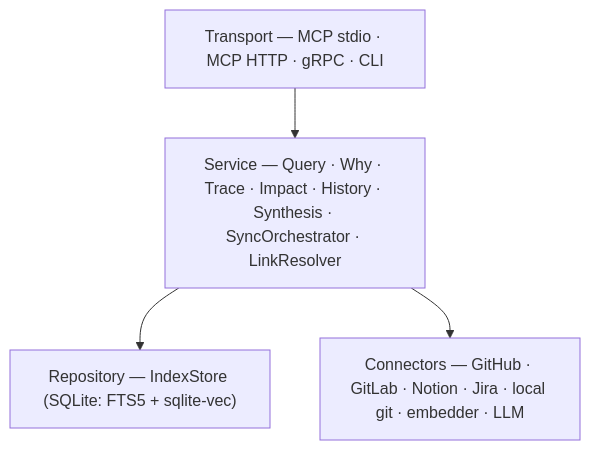
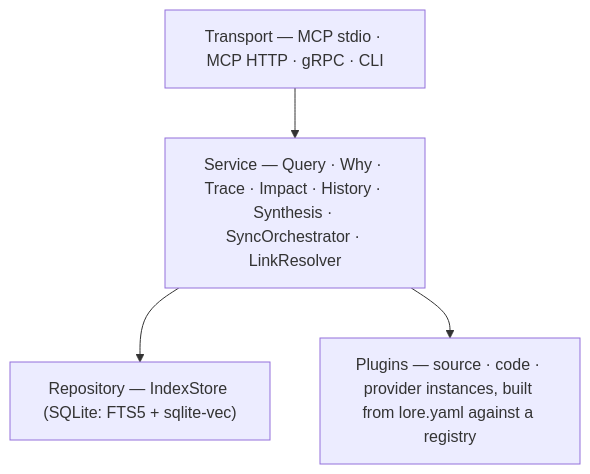
Before and after one commit to setthasit/Lore: the diagram in README.md, drawn with Mermaid. The commit also changed other lines of this file and 5 other files, not shown here.

````diff
--- a/README.md
+++ b/README.md
@@ -221,10 +223,10 @@
 ```mermaid
 flowchart TB
     T["Transport — MCP stdio · MCP HTTP · gRPC · CLI"]
     S["Service — Query · Why · Trace · Impact · History · Synthesis · SyncOrchestrator · LinkResolver"]
     R["Repository — IndexStore (SQLite: FTS5 + sqlite-vec)"]
-    C["Connectors — GitHub · GitLab · Notion · Jira · local git · embedder · LLM"]
+    C["Plugins — source · code · provider instances, built from lore.yaml against a registry"]
     T --> S
     S --> R
     S --> C
 ```
````
